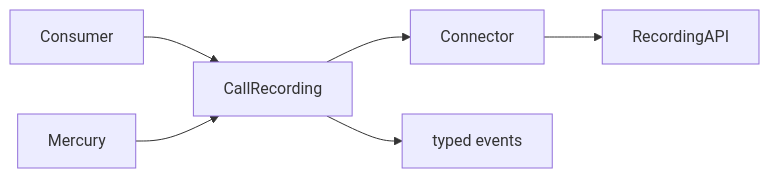
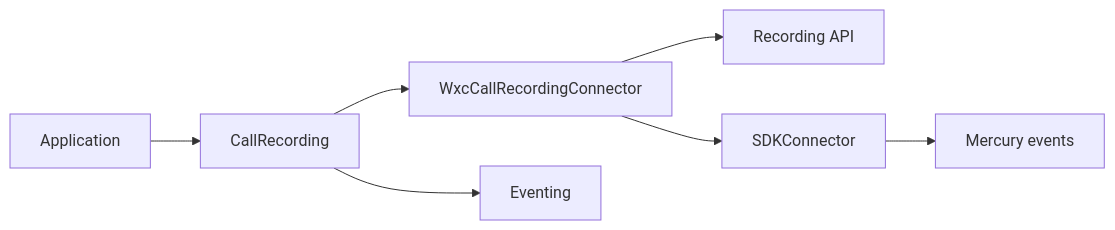
One commit to webex/webex-js-sdk changed the seventh of 7 diagrams in packages/calling/src/CallRecording/ai-docs/call-recording-spec.md. Above: the diagram before and after it, drawn with Mermaid. The commit also changed other lines of this file and 59 other files, not shown here.

````diff
--- a/packages/calling/src/CallRecording/ai-docs/call-recording-spec.md
+++ b/packages/calling/src/CallRecording/ai-docs/call-recording-spec.md
@@ -68,5 +568,9 @@
 ```mermaid
 flowchart LR
-  Consumer --> Facade[CallRecording] --> Connector --> RecordingAPI
-  Mercury --> Facade --> ConsumerEvents[typed events]
+  App[Application] --> Facade[CallRecording]
+  Facade --> WXC[WxcCallRecordingConnector]
+  WXC --> API[Recording API]
+  WXC --> SDK[SDKConnector]
+  SDK --> Mercury[Mercury events]
+  Facade --> Events[Eventing]
 ```
````
